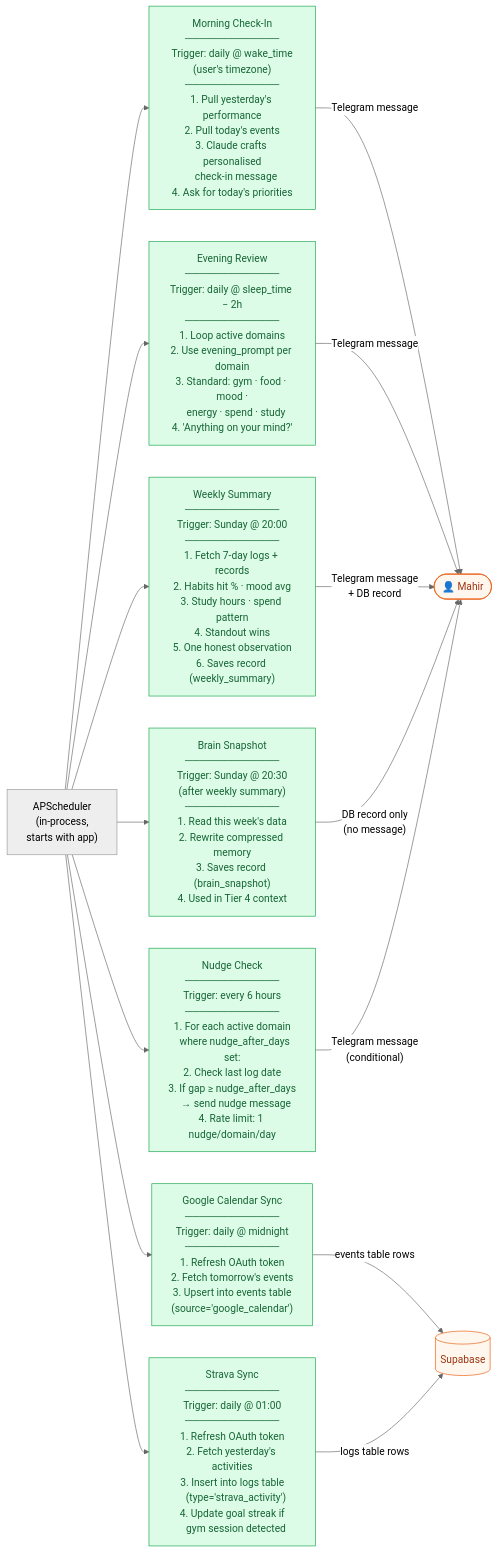
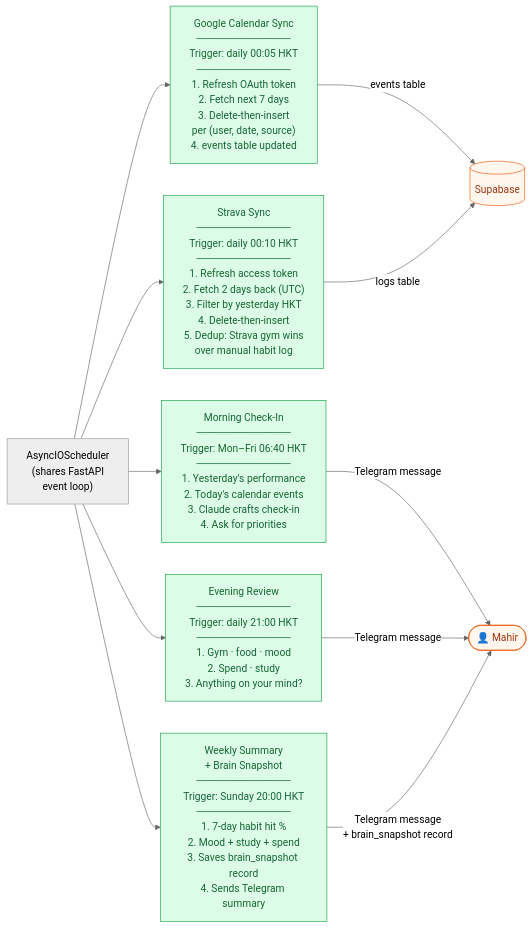
The fifth of 5 diagrams in ARCHITECTURE.md (mlabib2/life-agent), drawn with Mermaid (neutral theme) before and after one commit. The commit also changed other lines of this file and 1 other file, not shown here.

First line of the commit message:
docs: rewrite README and ARCHITECTURE for current implementation

````diff
--- a/ARCHITECTURE.md
+++ b/ARCHITECTURE.md
@@ -353,38 +272,29 @@
 ```mermaid
 graph LR
     classDef job     fill:#dcfce7,stroke:#16a34a,color:#166534
-    classDef trigger fill:#dbeafe,stroke:#3b82f6,color:#1e40af
     classDef output  fill:#fff7ed,stroke:#ea580c,color:#9a3412
 
-    APScheduler["APScheduler\n(in-process,\nstarts with app)"]
+    APScheduler["AsyncIOScheduler\n(shares FastAPI\nevent loop)"]
 
-    Morning["Morning Check-In\n─────────────\nTrigger: daily @ wake_time\n(user's timezone)\n─────────────\n1. Pull yesterday's performance\n2. Pull today's events\n3. Claude crafts personalised\n   check-in message\n4. Ask for today's priorities"]:::job
+    GCalSync["Google Calendar Sync\n─────────────\nTrigger: daily 00:05 HKT\n─────────────\n1. Refresh OAuth token\n2. Fetch next 7 days\n3. Delete-then-insert\n   per (user, date, source)\n4. events table updated"]:::job
 
-    Evening["Evening Review\n─────────────\nTrigger: daily @ sleep_time − 2h\n─────────────\n1. Loop active domains\n2. Use evening_prompt per domain\n3. Standard: gym · food · mood ·\n   energy · spend · study\n4. 'Anything on your mind?'"]:::job
+    StravaSync["Strava Sync\n─────────────\nTrigger: daily 00:10 HKT\n─────────────\n1. Refresh access token\n2. Fetch 2 days back (UTC)\n3. Filter by yesterday HKT\n4. Delete-then-insert\n5. Dedup: Strava gym wins\n   over manual habit log"]:::job
 
-    Weekly["Weekly Summary\n─────────────\nTrigger: Sunday @ 20:00\n─────────────\n1. Fetch 7-day logs + records\n2. Habits hit % · mood avg\n3. Study hours · spend pattern\n4. Standout wins\n5. One honest observation\n6. Saves record (weekly_summary)"]:::job
+    Morning["Morning Check-In\n─────────────\nTrigger: Mon–Fri 06:40 HKT\n─────────────\n1. Yesterday's performance\n2. Today's calendar events\n3. Claude crafts check-in\n4. Ask for priorities"]:::job
 
-    Snapshot["Brain Snapshot\n─────────────\nTrigger: Sunday @ 20:30\n(after weekly summary)\n─────────────\n1. Read this week's data\n2. Rewrite compressed memory\n3. Saves record (brain_snapshot)\n4. Used in Tier 4 context"]:::job
+    Evening["Evening Review\n─────────────\nTrigger: daily 21:00 HKT\n─────────────\n1. Gym · food · mood\n2. Spend · study\n3. Anything on your mind?"]:::job
 
-    Nudge["Nudge Check\n─────────────\nTrigger: every 6 hours\n─────────────\n1. For each active domain\n   where nudge_after_days set:\n2. Check last log date\n3. If gap ≥ nudge_after_days\n   → send nudge message\n4. Rate limit: 1 nudge/domain/day"]:::job
+    Weekly["Weekly Summary\n+ Brain Snapshot\n─────────────\nTrigger: Sunday 20:00 HKT\n─────────────\n1. 7-day habit hit %\n2. Mood + study + spend\n3. Saves brain_snapshot record\n4. Sends Telegram summary"]:::job
 
-    GCalSync["Google Calendar Sync\n─────────────\nTrigger: daily @ midnight\n─────────────\n1. Refresh OAuth token\n2. Fetch tomorrow's events\n3. Upsert into events table\n   (source='google_calendar')"]:::job
-
-    StravaSync["Strava Sync\n─────────────\nTrigger: daily @ 01:00\n─────────────\n1. Refresh OAuth token\n2. Fetch yesterday's activities\n3. Insert into logs table\n   (type='strava_activity')\n4. Update goal streak if\n   gym session detected"]:::job
-
+    APScheduler --> GCalSync
+    APScheduler --> StravaSync
     APScheduler --> Morning
     APScheduler --> Evening
     APScheduler --> Weekly
-    APScheduler --> Snapshot
-    APScheduler --> Nudge
-    APScheduler --> GCalSync
-    APScheduler --> StravaSync
 
-    Morning  -->|"Telegram message"| Mahir(["👤 Mahir"]):::output
-    Evening  -->|"Telegram message"| Mahir
-    Weekly   -->|"Telegram message\n+ DB record"| Mahir
-    Snapshot -->|"DB record only\n(no message)"| Mahir
-    Nudge    -->|"Telegram message\n(conditional)"| Mahir
-    GCalSync -->|"events table rows"| DB[("Supabase")]:::output
-    StravaSync -->|"logs table rows"| DB
+    GCalSync   -->|"events table"| DB[("Supabase")]:::output
+    StravaSync -->|"logs table"| DB
+    Morning    -->|"Telegram message"| Mahir(["👤 Mahir"]):::output
+    Evening    -->|"Telegram message"| Mahir
+    Weekly     -->|"Telegram message\n+ brain_snapshot record"| Mahir
 ```
````
